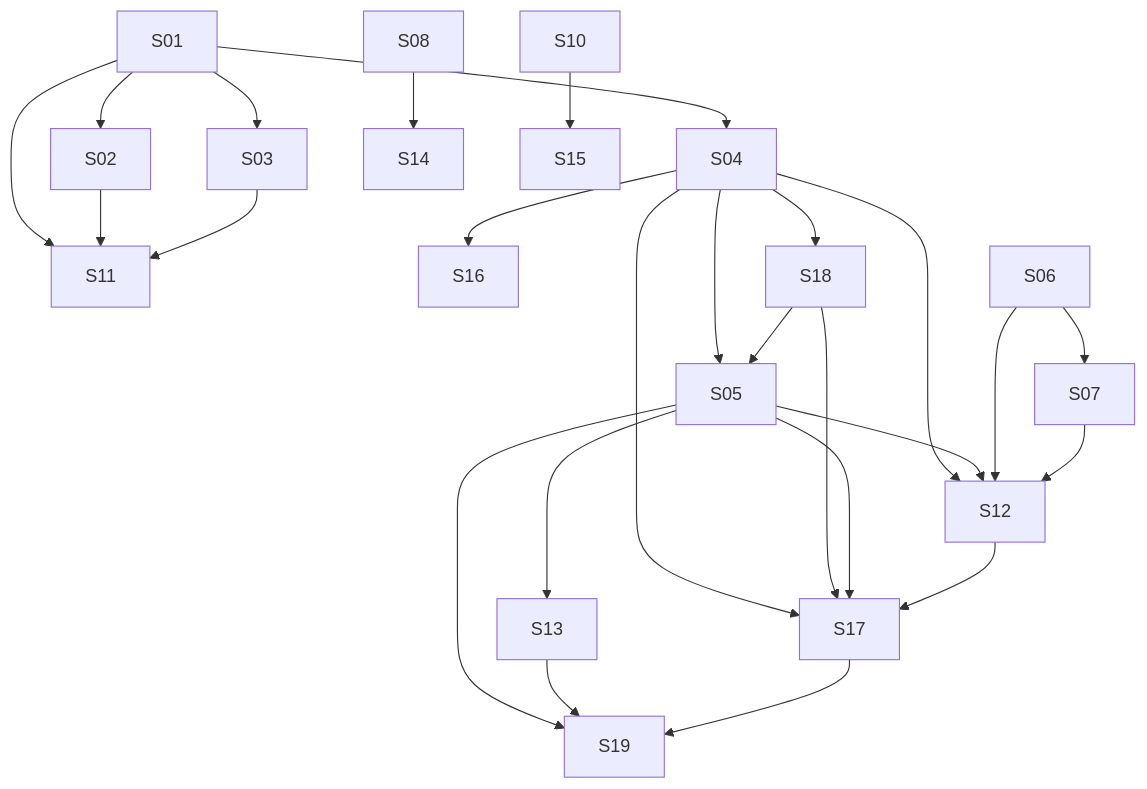
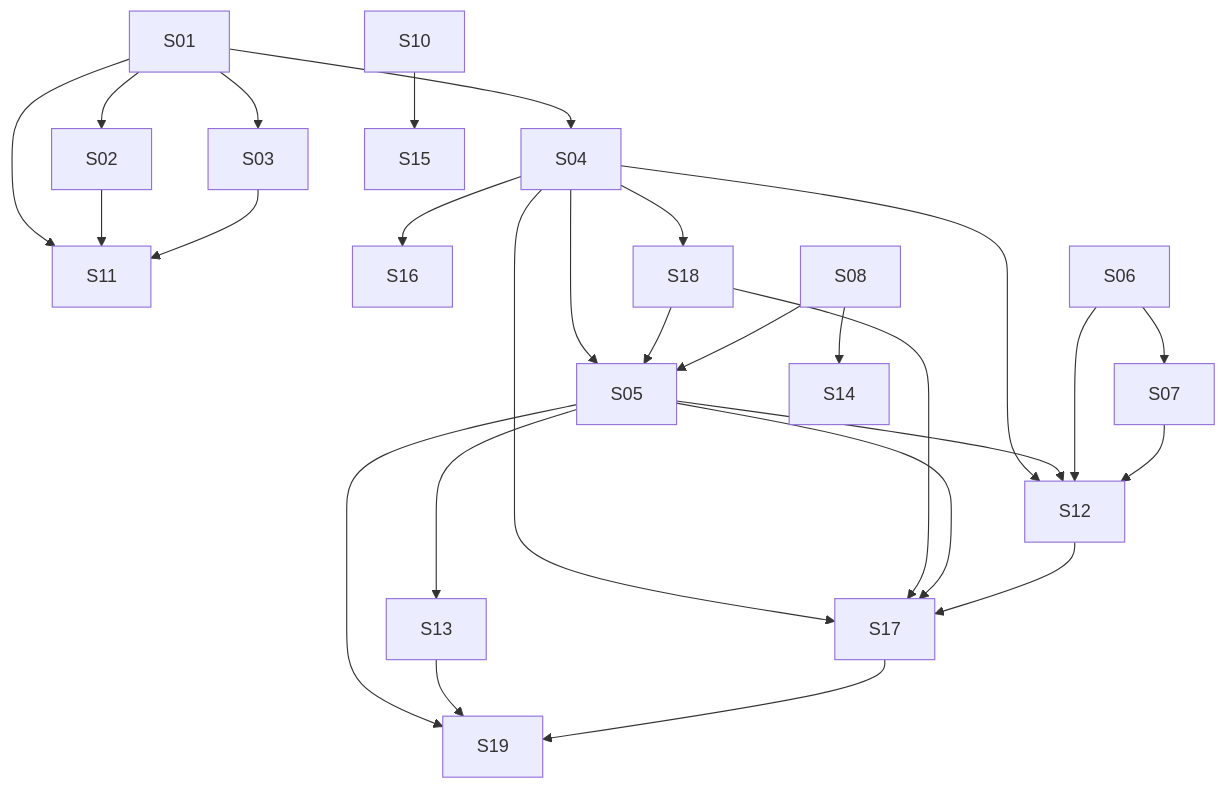
One commit to lmmoreira/ikaro changed the diagram in plan/M23-MULTIVERTICAL-APPOINTMENT-BOOKING.md. Above: the diagram before and after it, drawn with Mermaid. The commit also changed other lines of this file and 6 other files, not shown here.

````diff
--- a/plan/M23-MULTIVERTICAL-APPOINTMENT-BOOKING.md
+++ b/plan/M23-MULTIVERTICAL-APPOINTMENT-BOOKING.md
@@ -39,28 +39,29 @@
 ```mermaid
 graph TD
   S01 --> S02
   S01 --> S03
   S01 --> S04
   S01 --> S11
   S02 --> S11
   S03 --> S11
   S04 --> S05
   S04 --> S12
   S04 --> S16
   S04 --> S17
   S04 --> S18
   S18 --> S05
+  S08 --> S05
   S18 --> S17
   S05 --> S12
   S05 --> S13
   S05 --> S17
   S12 --> S17
   S05 --> S19
   S13 --> S19
   S17 --> S19
   S06 --> S07
   S06 --> S12
   S07 --> S12
   S08 --> S14
   S10 --> S15
 ```
````
